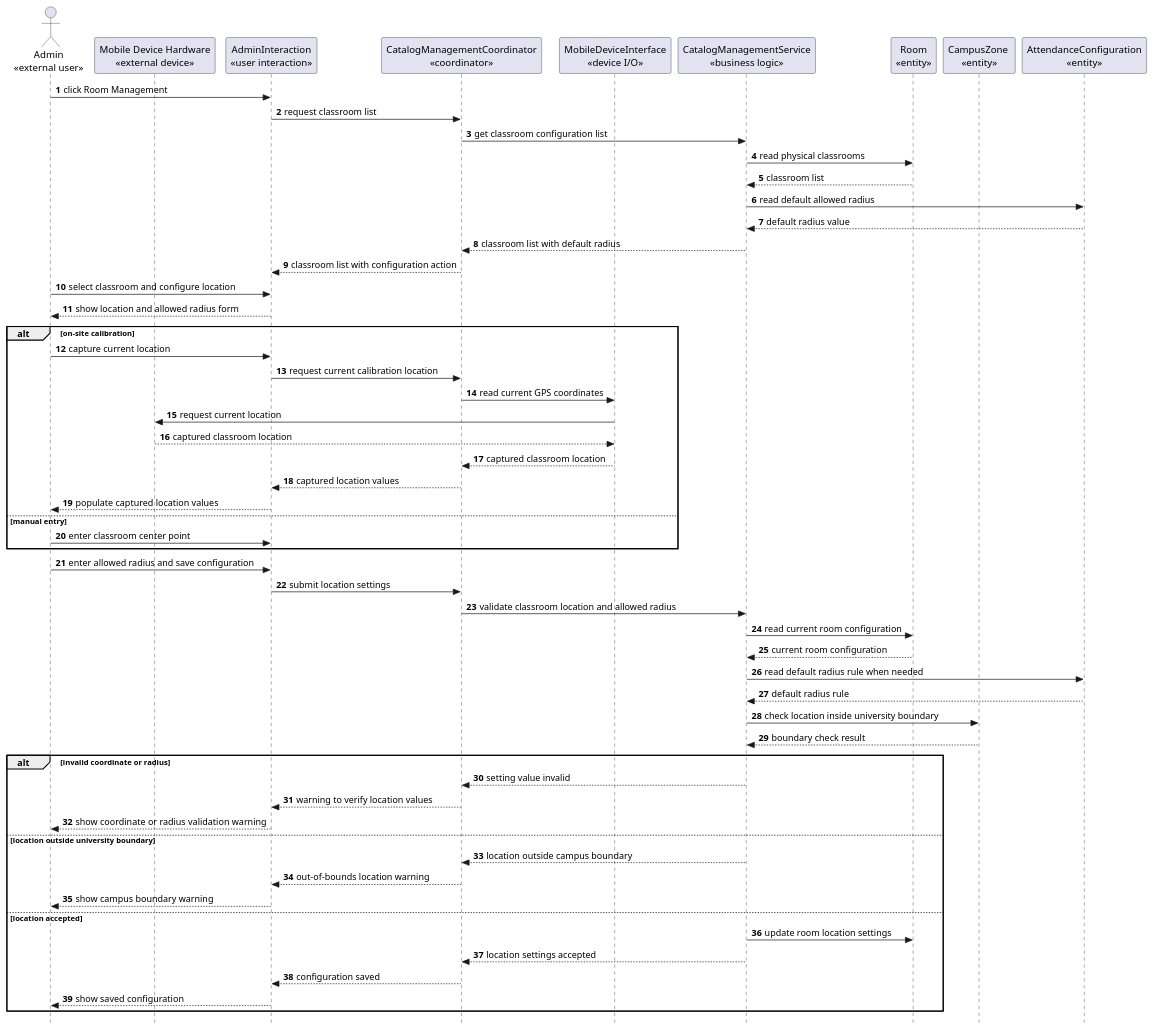
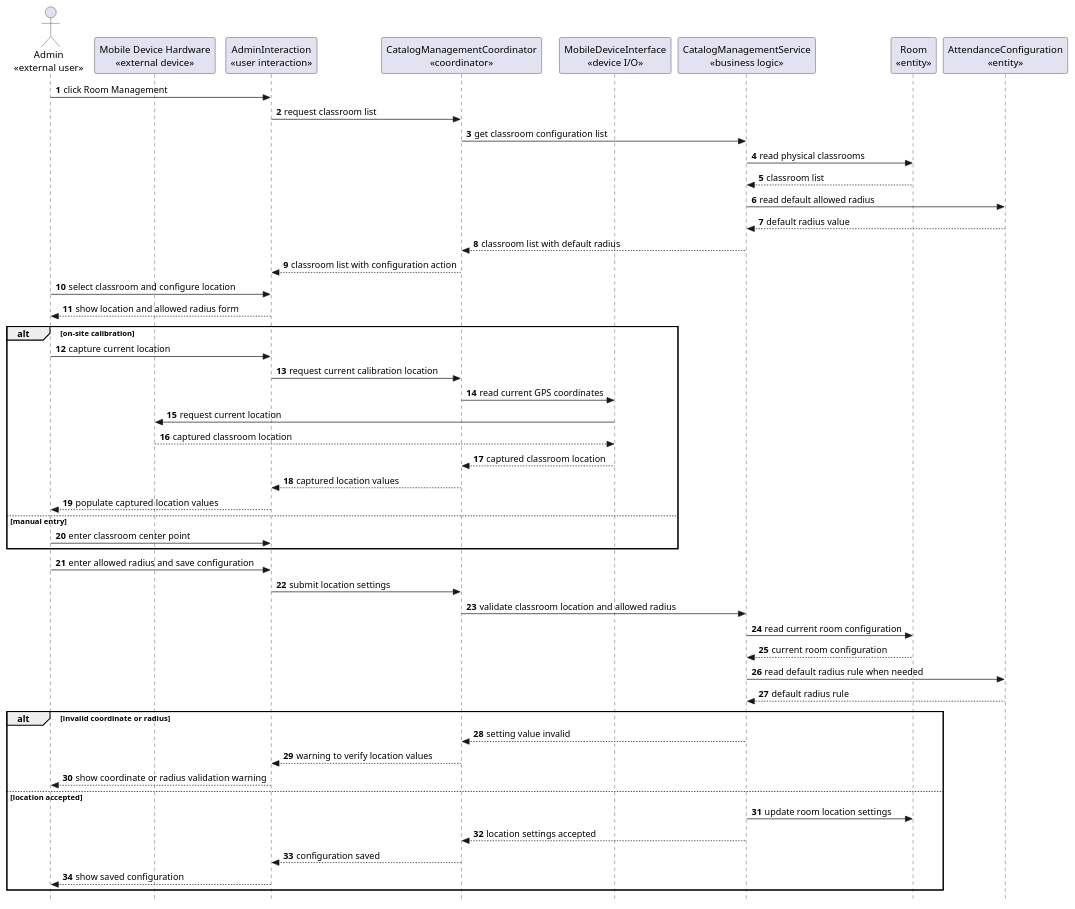
Diagram 25 of 28 in docs/rds/2_Analysis.md (nttung42/SWD392), drawn with PlantUML before and after one commit. The commit also changed other lines of this file and 3 other files, not shown here.

Commit message:
remove campus zone

````diff
--- a/docs/rds/2_Analysis.md
+++ b/docs/rds/2_Analysis.md
@@ -1156,65 +1149,58 @@
 ```plantuml
 @startuml
 skinparam style strictuml
 autonumber
 actor "Admin\n«external user»" as Admin
 participant "Mobile Device Hardware\n«external device»" as MobileHardware
 participant "AdminInteraction\n«user interaction»" as AdminUI
 participant "CatalogManagementCoordinator\n«coordinator»" as RoomControl
 participant "MobileDeviceInterface\n«device I/O»" as MobileSensor
 participant "CatalogManagementService\n«business logic»" as LocationSettingRules
 participant "Room\n«entity»" as Room
-participant "CampusZone \n«entity»" as CampusZone 
 participant "AttendanceConfiguration\n«entity»" as AttendanceConfig
 
 Admin -> AdminUI : click Room Management
 AdminUI -> RoomControl : request classroom list
 RoomControl -> LocationSettingRules : get classroom configuration list
 LocationSettingRules -> Room : read physical classrooms
 Room --> LocationSettingRules : classroom list
 LocationSettingRules -> AttendanceConfig : read default allowed radius
 AttendanceConfig --> LocationSettingRules : default radius value
 LocationSettingRules --> RoomControl : classroom list with default radius
 RoomControl --> AdminUI : classroom list with configuration action
 Admin -> AdminUI : select classroom and configure location
 AdminUI --> Admin : show location and allowed radius form
 
 alt on-site calibration
   Admin -> AdminUI : capture current location
   AdminUI -> RoomControl : request current calibration location
   RoomControl -> MobileSensor : read current GPS coordinates
   MobileSensor -> MobileHardware : request current location
   MobileHardware --> MobileSensor : captured classroom location
   MobileSensor --> RoomControl : captured classroom location
   RoomControl --> AdminUI : captured location values
   AdminUI --> Admin : populate captured location values
 else manual entry
   Admin -> AdminUI : enter classroom center point
 end
 
 Admin -> AdminUI : enter allowed radius and save configuration
 AdminUI -> RoomControl : submit location settings
 RoomControl -> LocationSettingRules : validate classroom location and allowed radius
 LocationSettingRules -> Room : read current room configuration
 Room --> LocationSettingRules : current room configuration
 LocationSettingRules -> AttendanceConfig : read default radius rule when needed
 AttendanceConfig --> LocationSettingRules : default radius rule
-LocationSettingRules -> CampusZone  : check location inside university boundary
-CampusZone  --> LocationSettingRules : boundary check result
 
 alt invalid coordinate or radius
   LocationSettingRules --> RoomControl : setting value invalid
   RoomControl --> AdminUI : warning to verify location values
   AdminUI --> Admin : show coordinate or radius validation warning
-else location outside university boundary
-  LocationSettingRules --> RoomControl : location outside campus boundary
-  RoomControl --> AdminUI : out-of-bounds location warning
-  AdminUI --> Admin : show campus boundary warning
 else location accepted
   LocationSettingRules -> Room : update room location settings
   LocationSettingRules --> RoomControl : location settings accepted
   RoomControl --> AdminUI : configuration saved
   AdminUI --> Admin : show saved configuration
 end
 @enduml
 ```
````
